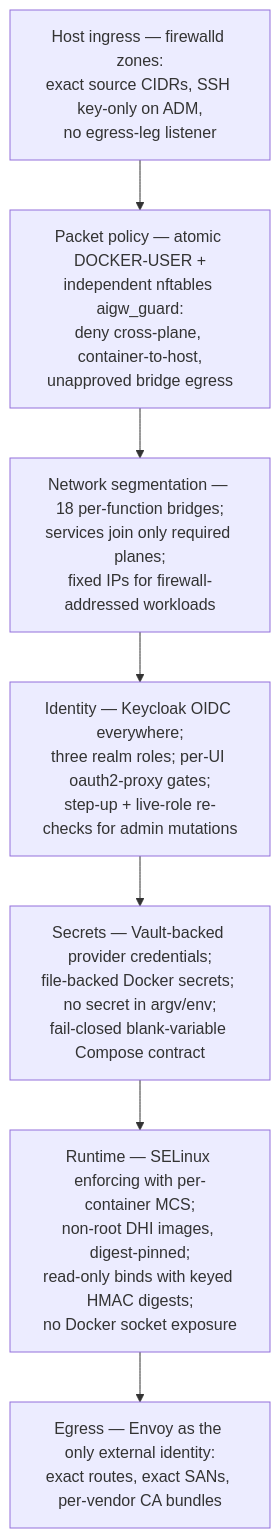
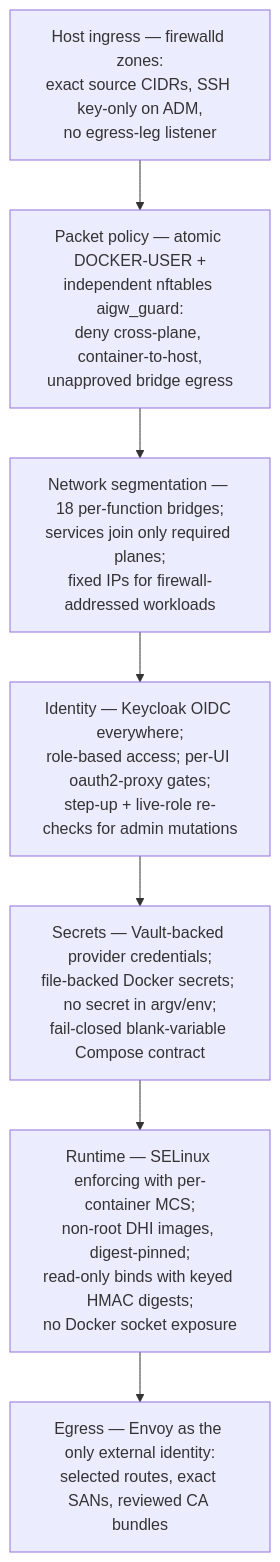
Before and after one commit to derhornspieler/ai-gateway: the eighth of 14 diagrams in docs/architecture-diagrams.md, drawn with Mermaid. The commit also changed other lines of this file and 339 other files, not shown here.

````diff
--- a/docs/architecture-diagrams.md
+++ b/docs/architecture-diagrams.md
@@ -189,11 +241,11 @@
 ```mermaid
 flowchart TB
   L1[Host ingress — firewalld zones:<br/>exact source CIDRs, SSH key-only on ADM,<br/>no egress-leg listener]
   L2[Packet policy — atomic DOCKER-USER +<br/>independent nftables aigw_guard:<br/>deny cross-plane, container-to-host,<br/>unapproved bridge egress]
   L3[Network segmentation — 18 per-function bridges;<br/>services join only required planes;<br/>fixed IPs for firewall-addressed workloads]
-  L4[Identity — Keycloak OIDC everywhere;<br/>three realm roles; per-UI oauth2-proxy gates;<br/>step-up + live-role re-checks for admin mutations]
+  L4[Identity — Keycloak OIDC everywhere;<br/>role-based access; per-UI oauth2-proxy gates;<br/>step-up + live-role re-checks for admin mutations]
   L5["Secrets — Vault-backed provider credentials;<br/>file-backed Docker secrets; no secret in argv/env;<br/>fail-closed blank-variable Compose contract"]
   L6[Runtime — SELinux enforcing with per-container MCS;<br/>non-root DHI images, digest-pinned;<br/>read-only binds with keyed HMAC digests;<br/>no Docker socket exposure]
-  L7[Egress — Envoy as the only external identity:<br/>exact routes, exact SANs, per-vendor CA bundles]
+  L7[Egress — Envoy as the only external identity:<br/>selected routes, exact SANs, reviewed CA bundles]
   L1 --> L2 --> L3 --> L4 --> L5 --> L6 --> L7
 ```
````
